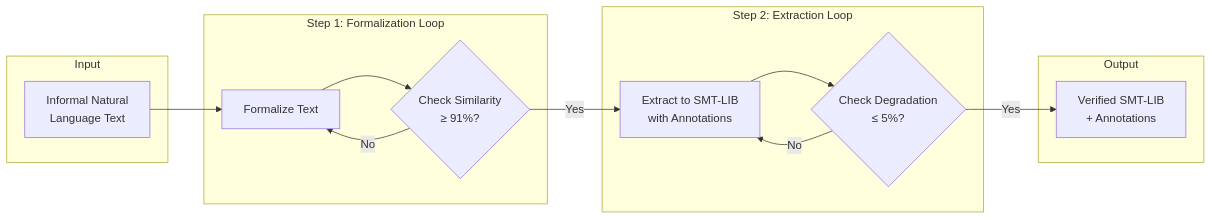
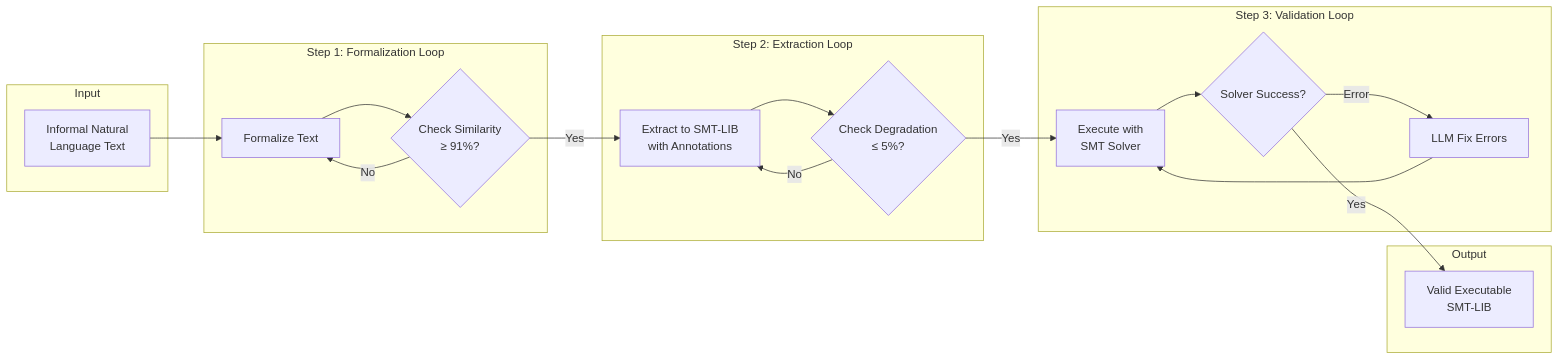
Before and after one commit to o2alexanderfedin/hupyy-temporal: the fifth of 7 diagrams in hypotheses/embedding-distance/PIPELINE-DESIGN.md, drawn with Mermaid. The commit also changed other lines of this file and 14 other files, not shown here.

First line of the commit message:
feat: Add Sprint 006 NL→SMT-LIB Pipeline MVP with TDD+PP methodology

````diff
--- a/hypotheses/embedding-distance/PIPELINE-DESIGN.md
+++ b/hypotheses/embedding-distance/PIPELINE-DESIGN.md
@@ -132,28 +232,38 @@
 ```mermaid
 flowchart LR
     subgraph Input
         A[Informal Natural<br/>Language Text]
     end
 
     subgraph "Step 1: Formalization Loop"
         B[Formalize Text]
         C{Check Similarity<br/>≥ 91%?}
         B --> C
         C -->|No| B
     end
 
     subgraph "Step 2: Extraction Loop"
         D[Extract to SMT-LIB<br/>with Annotations]
         E{Check Degradation<br/>≤ 5%?}
         D --> E
         E -->|No| D
     end
 
+    subgraph "Step 3: Validation Loop"
+        G[Execute with<br/>SMT Solver]
+        H{Solver Success?}
+        I[LLM Fix Errors]
+        G --> H
+        H -->|Error| I
+        I --> G
+    end
+
     subgraph Output
-        F[Verified SMT-LIB<br/>+ Annotations]
+        F[Valid Executable<br/>SMT-LIB]
     end
 
     A --> B
     C -->|Yes| D
-    E -->|Yes| F
+    E -->|Yes| G
+    H -->|Yes| F
 ```
````
